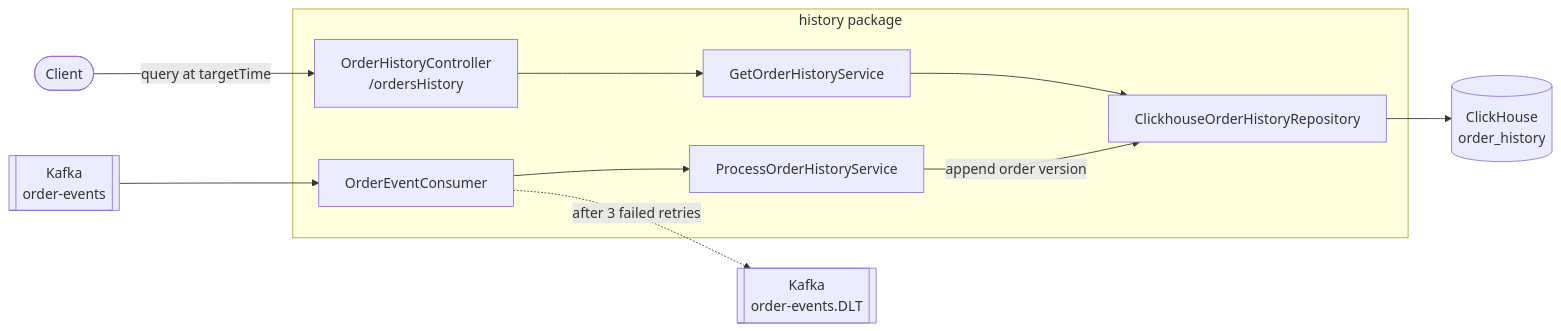
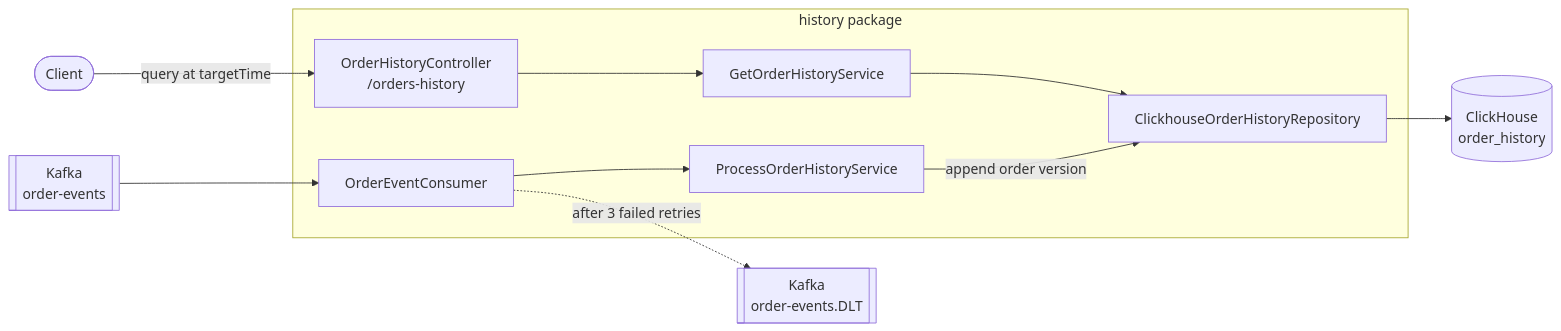
The second of 2 diagrams in README.md (diana-lora/distributed-systems-fundamentals), drawn with Mermaid before and after one commit. The commit also changed other lines of this file and 7 other files, not shown here.

````diff
--- a/README.md
+++ b/README.md
@@ -57,25 +57,25 @@
 ```mermaid
 flowchart LR
     topic[["Kafka<br/>order-events"]]
     client([Client])
 
     subgraph history["history package"]
         consumer["OrderEventConsumer"]
         processService["ProcessOrderHistoryService"]
-        historyController["OrderHistoryController<br/>/ordersHistory"]
+        historyController["OrderHistoryController<br/>/orders-history"]
         getHistoryService["GetOrderHistoryService"]
         historyRepository["ClickhouseOrderHistoryRepository"]
     end
 
     dlt[["Kafka<br/>order-events.DLT"]]
     clickhouse[("ClickHouse<br/>order_history")]
 
     topic --> consumer
     consumer --> processService
     consumer -.->|"after 3 failed retries"| dlt
     processService -->|"append order version"| historyRepository
     client -->|"query at targetTime"| historyController
     historyController --> getHistoryService
     getHistoryService --> historyRepository
     historyRepository --> clickhouse
 ```
````
